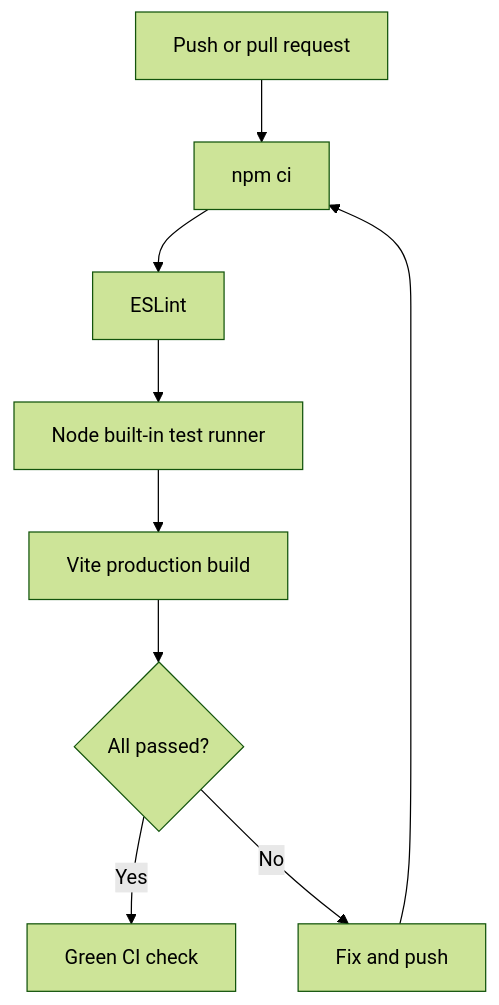
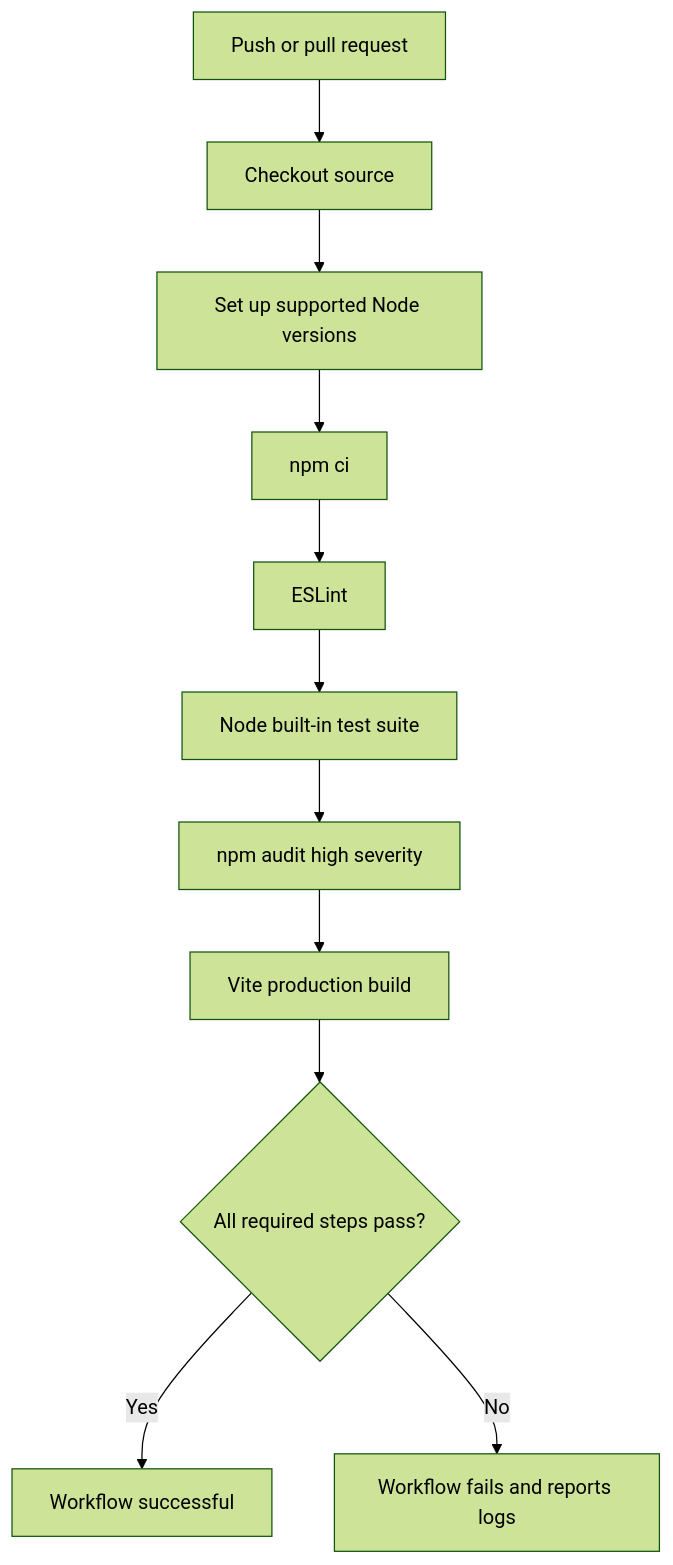
Before and after one commit to Brajesh31/chat-bot: the diagram in docs/diagrams/TEST_PIPELINE.md, drawn with Mermaid (forest theme). The commit also changed other lines of this file and 84 other files, not shown here.

````diff
--- a/docs/diagrams/TEST_PIPELINE.md
+++ b/docs/diagrams/TEST_PIPELINE.md
@@ -3,11 +5,13 @@
 ```mermaid
 flowchart TD
- A[Push or pull request] --> B[npm ci]
- B --> C[ESLint]
- C --> D[Node built-in test runner]
- D --> E[Vite production build]
- E --> F{All passed?}
- F -- Yes --> G[Green CI check]
- F -- No --> H[Fix and push]
- H --> B
+ Push[Push or pull request] --> Setup[Checkout source]
+ Setup --> Node[Set up supported Node versions]
+ Node --> Install[npm ci]
+ Install --> Lint[ESLint]
+ Lint --> Tests[Node built-in test suite]
+ Tests --> Audit[npm audit high severity]
+ Audit --> Build[Vite production build]
+ Build --> Result{All required steps pass?}
+ Result -- Yes --> Green[Workflow successful]
+ Result -- No --> Failure[Workflow fails and reports logs]
 ```
````
